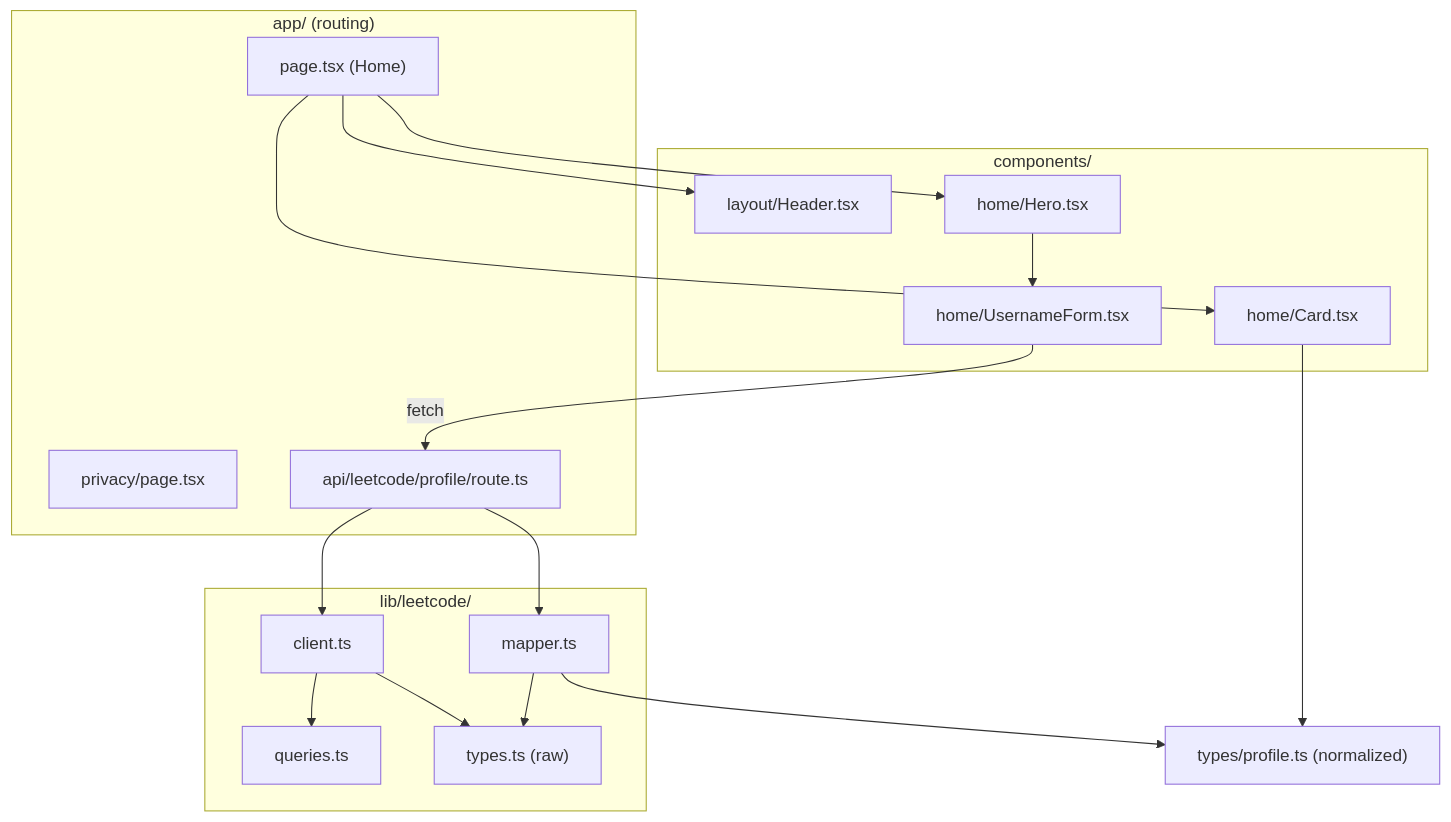
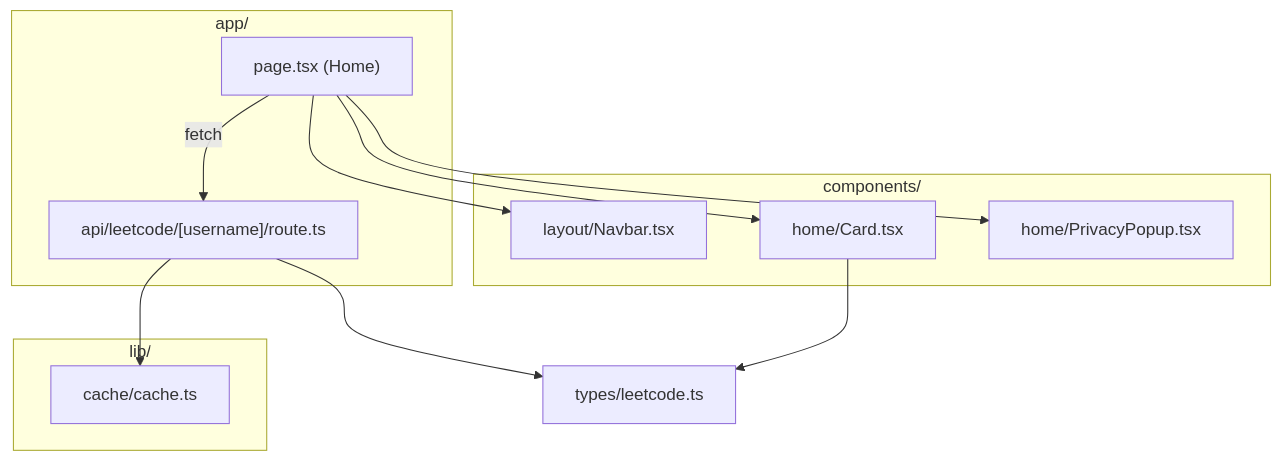
Before and after one commit to AritraC1/LeetInsight: the fourth of 5 diagrams in README.md, drawn with Mermaid. The commit also changed other lines of this file, not shown here.

````diff
--- a/README.md
+++ b/README.md
@@ -380,37 +343,27 @@
 ```mermaid
 flowchart TD
-    subgraph app["app/ (routing)"]
+    subgraph app["app/"]
         Page["page.tsx (Home)"]
-        Privacy["privacy/page.tsx"]
-        Route["api/leetcode/profile/route.ts"]
+        Route["api/leetcode/[username]/route.ts"]
     end
 
     subgraph components["components/"]
-        Header["layout/Header.tsx"]
-        Hero["home/Hero.tsx"]
-        Form["home/UsernameForm.tsx"]
+        Navbar["layout/Navbar.tsx"]
         Card["home/Card.tsx"]
+        Privacy["home/PrivacyPopup.tsx"]
     end
 
-    subgraph lib["lib/leetcode/"]
-        Client["client.ts"]
-        Queries["queries.ts"]
-        RawTypes["types.ts (raw)"]
-        Mapper["mapper.ts"]
+    subgraph lib["lib/"]
+        Cache["cache/cache.ts"]
     end
 
-    ProfileType["types/profile.ts (normalized)"]
+    Types["types/leetcode.ts"]
 
-    Page --> Header
-    Page --> Hero
-    Hero --> Form
+    Page --> Navbar
     Page --> Card
-    Form -->|"fetch"| Route
-    Route --> Client
-    Client --> Queries
-    Client --> RawTypes
-    Route --> Mapper
-    Mapper --> RawTypes
-    Mapper --> ProfileType
-    Card --> ProfileType
+    Page --> Privacy
+    Page -->|fetch| Route
+    Route --> Cache
+    Route --> Types
+    Card --> Types
 ```
````
